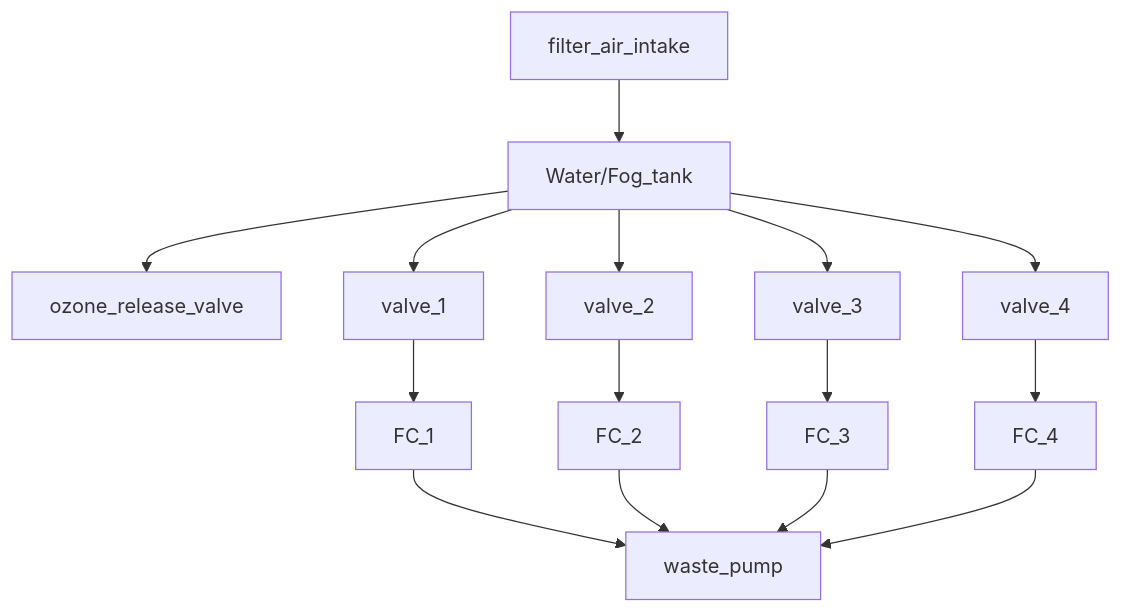
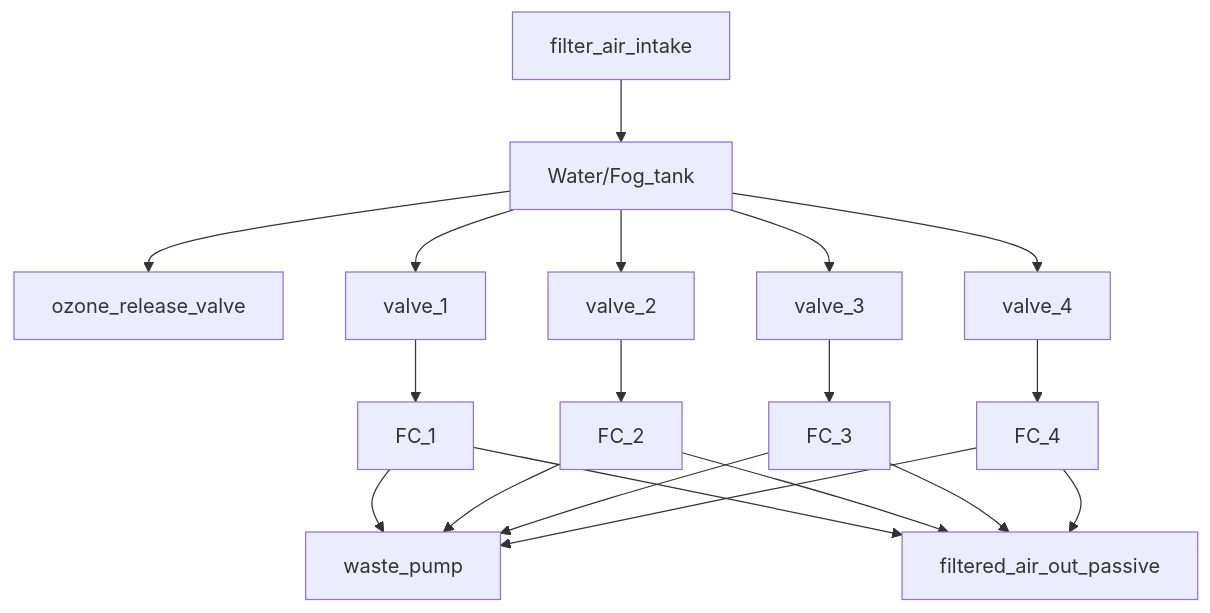
The third of 3 diagrams in README.md (StevenAndrewsII/Fung_OS), drawn with Mermaid before and after one commit.

````diff
--- a/README.md
+++ b/README.md
@@ -135,16 +135,23 @@
 ```mermaid
 graph TD;
    filter_air_intake--> Water/Fog_tank;
    Water/Fog_tank-->ozone_release_valve;
    Water/Fog_tank-->valve_1 -->FC_1;
    Water/Fog_tank-->valve_2-->FC_2;
    Water/Fog_tank-->valve_3-->FC_3;
    Water/Fog_tank-->valve_4-->FC_4;
 
    FC_1 --> waste_pump;
    FC_2 --> waste_pump;
    FC_3 --> waste_pump;
    FC_4 --> waste_pump;
 
+   FC_1 --> filtered_air_out_passive;
+   FC_2 --> filtered_air_out_passive;
+   FC_3 --> filtered_air_out_passive;
+   FC_4 --> filtered_air_out_passive;
+
+   
+
   
 ```
````
